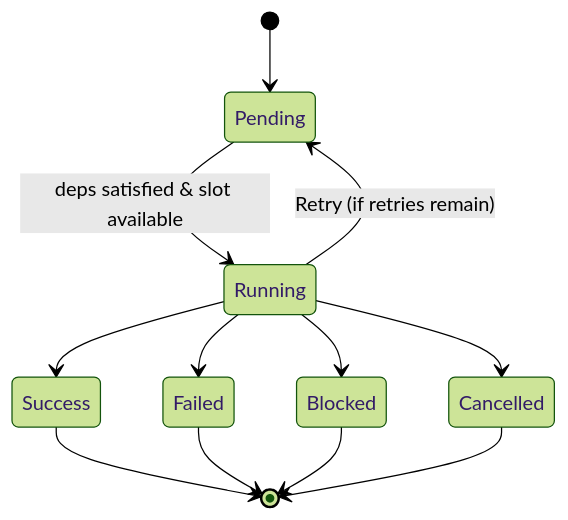
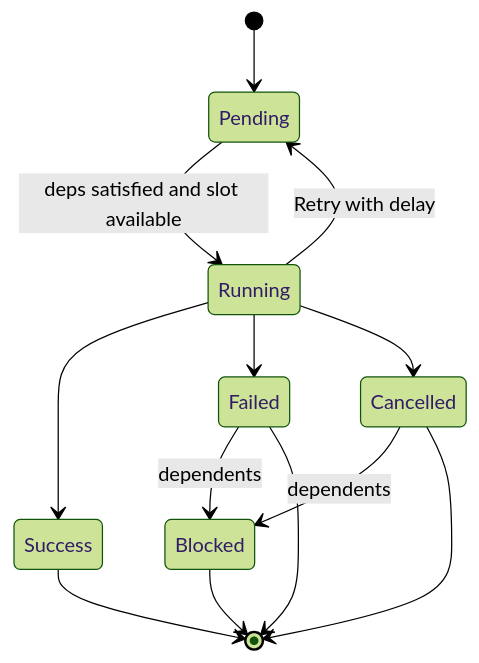
The diagram in crates/work/README.md (stellar-experimental/henyey), drawn with Mermaid (forest theme) before and after one commit. The commit also changed other lines of this file and 89 other files, not shown here.

````diff
--- a/crates/work/README.md
+++ b/crates/work/README.md
@@ -16,14 +11,15 @@
 ```mermaid
 stateDiagram-v2
     [*] --> Pending
-    Pending --> Running : deps satisfied & slot available
+    Pending --> Running : deps satisfied and slot available
     Running --> Success
     Running --> Failed
     Running --> Cancelled
-    Running --> Blocked
-    Running --> Pending : Retry (if retries remain)
+    Running --> Pending : Retry with delay
+    Failed --> Blocked : dependents
+    Cancelled --> Blocked : dependents
+    Blocked --> [*]
     Success --> [*]
     Failed --> [*]
-    Blocked --> [*]
     Cancelled --> [*]
 ```
````
